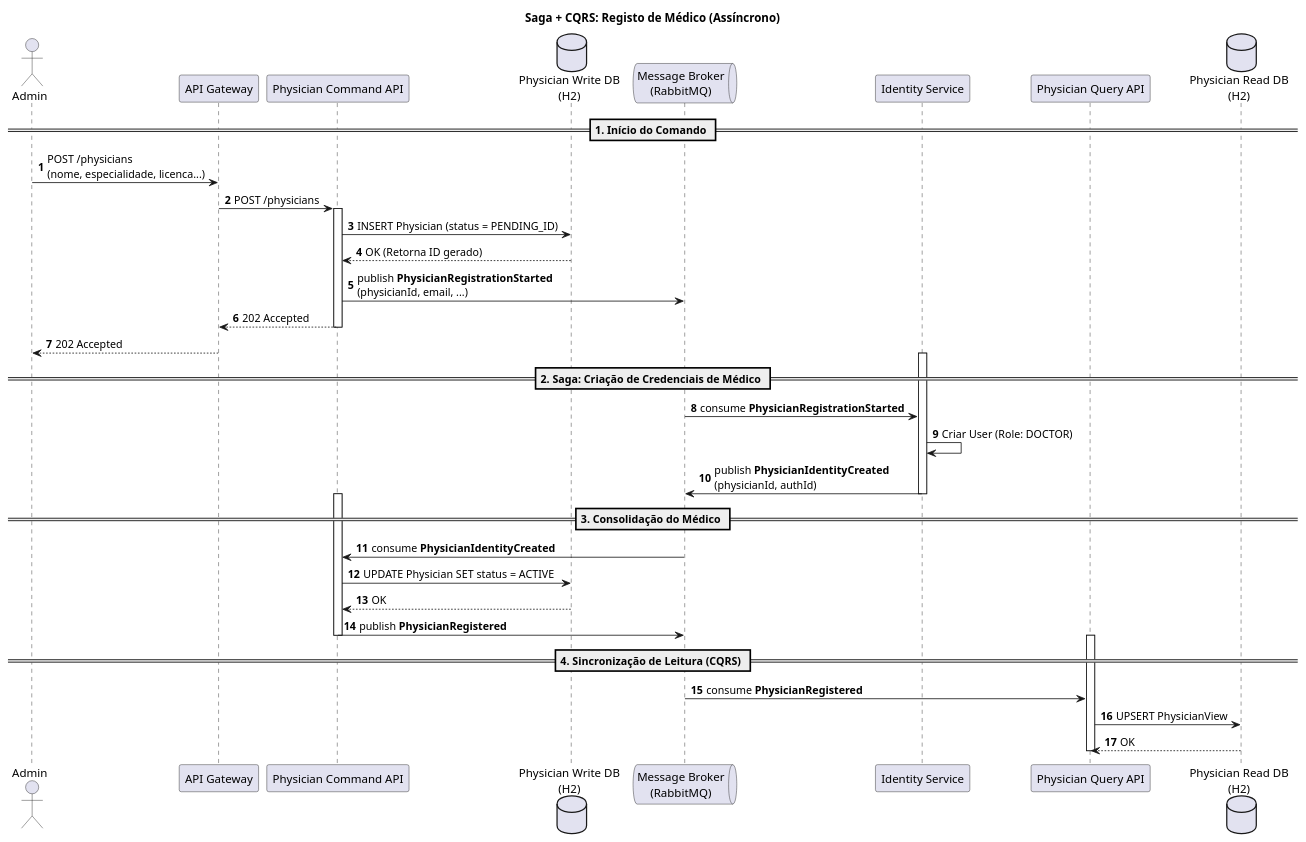
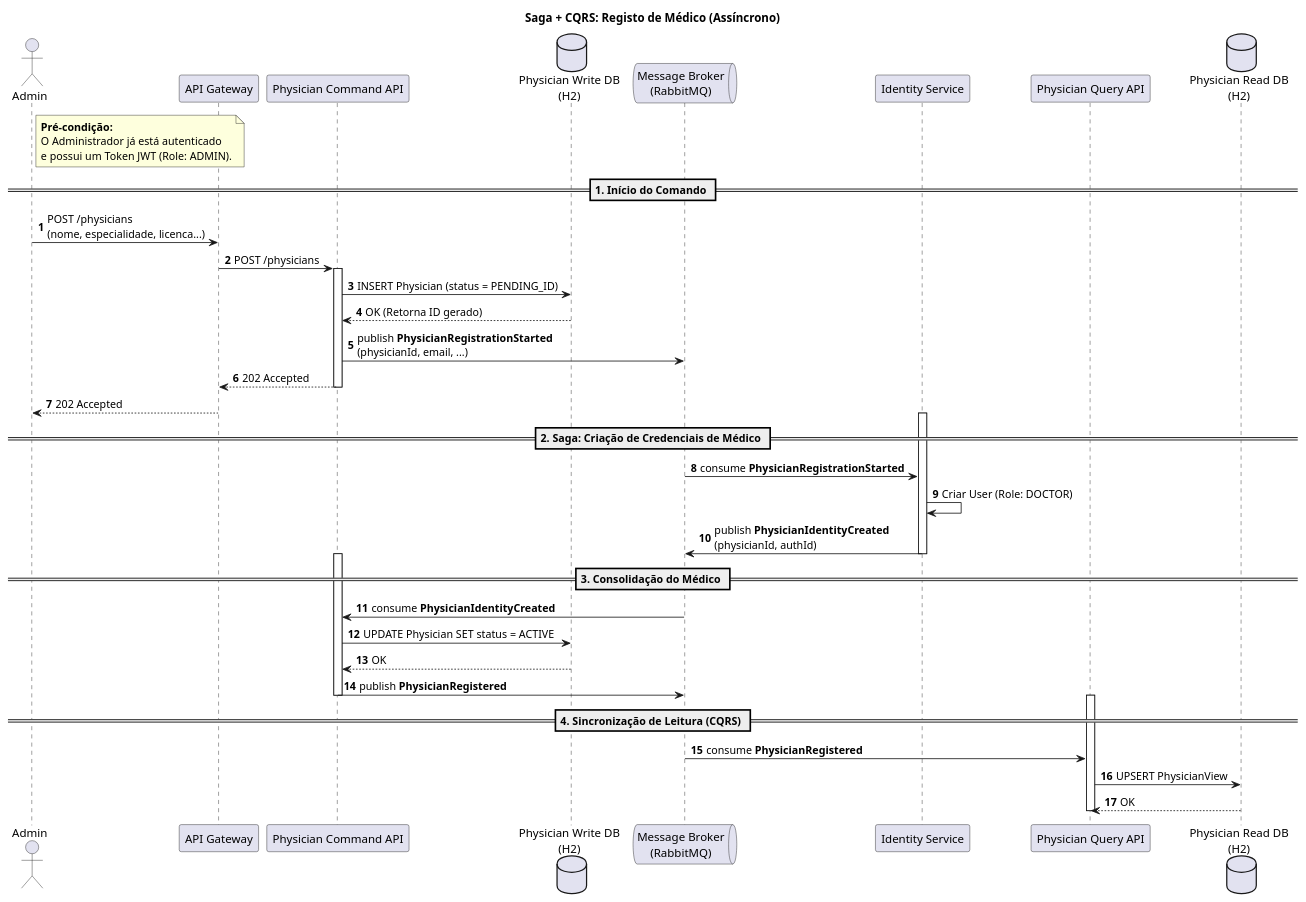
One commit to Parafita123/LETI_SIDIS_3DA_2 changed the diagram in docs/2_entrega/Sequence Diagram/Diagrama de Sequencia - Registar Medico.puml. Above: the diagram before and after it, drawn with PlantUML. The commit also changed 6 other files, not shown here.

Commit message:
Finalização dos diagramas

```diff
--- a/docs/2_entrega/Sequence Diagram/Diagrama de Sequencia - Registar Medico.puml
+++ b/docs/2_entrega/Sequence Diagram/Diagrama de Sequencia - Registar Medico.puml
@@ -1,58 +1,64 @@
 @startuml
 title Saga + CQRS: Registo de Médico (Assíncrono)
 
 actor "Admin" as Admin
 participant "API Gateway" as Gateway
 participant "Physician Command API" as PhyCmd
 database "Physician Write DB\n(H2)" as WDB
 queue "Message Broker\n(RabbitMQ)" as Broker
 participant "Identity Service" as IdentitySvc
 participant "Physician Query API" as PhyQuery
 database "Physician Read DB\n(H2)" as RDB
 
 autonumber
+
+note right of Admin
+  **Pré-condição:**
+  O Administrador já está autenticado
+  e possui um Token JWT (Role: ADMIN).
+end note
 
 == 1. Início do Comando ==
 
 Admin -> Gateway : POST /physicians\n(nome, especialidade, licenca...)
 Gateway -> PhyCmd : POST /physicians
 
 activate PhyCmd
 
     PhyCmd -> WDB : INSERT Physician (status = PENDING_ID)
     WDB --> PhyCmd : OK (Retorna ID gerado)
 
     PhyCmd -> Broker : publish **PhysicianRegistrationStarted**\n(physicianId, email, ...)
 
     PhyCmd --> Gateway : 202 Accepted
 deactivate PhyCmd
 
 Gateway --> Admin : 202 Accepted
 
 == 2. Saga: Criação de Credenciais de Médico ==
 
 activate IdentitySvc
     Broker -> IdentitySvc : consume **PhysicianRegistrationStarted**
     IdentitySvc -> IdentitySvc : Criar User (Role: DOCTOR)
     IdentitySvc -> Broker : publish **PhysicianIdentityCreated**\n(physicianId, authId)
 deactivate IdentitySvc
 
 == 3. Consolidação do Médico ==
 
 activate PhyCmd
     Broker -> PhyCmd : consume **PhysicianIdentityCreated**
     PhyCmd -> WDB : UPDATE Physician SET status = ACTIVE
     WDB --> PhyCmd : OK
 
     PhyCmd -> Broker : publish **PhysicianRegistered**
 deactivate PhyCmd
 
 == 4. Sincronização de Leitura (CQRS) ==
 
 activate PhyQuery
     Broker -> PhyQuery : consume **PhysicianRegistered**
     PhyQuery -> RDB : UPSERT PhysicianView
     RDB --> PhyQuery : OK
 deactivate PhyQuery
 
 @enduml
```
